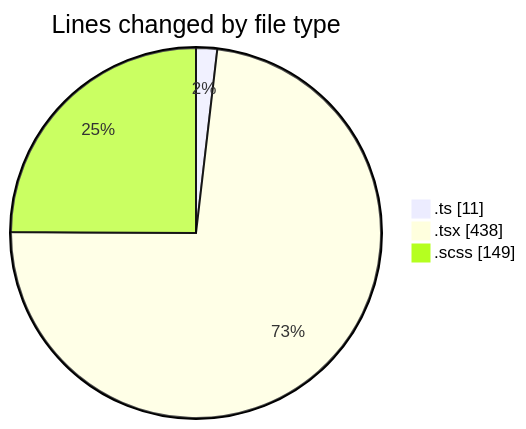
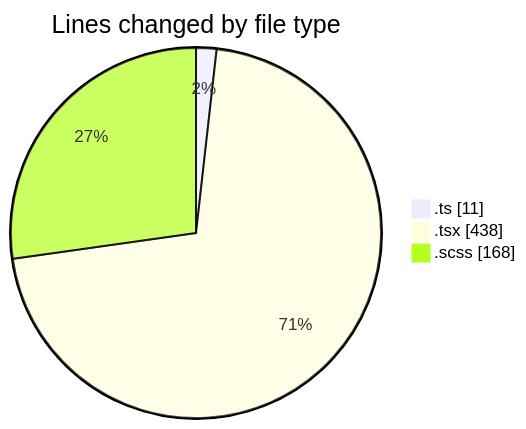
Before and after one commit to momahboobian/code-tracking: the first of 2 diagrams in 2025-03-21/cda/README.md, drawn with Mermaid. The commit also changed other lines of this file and 1 other file, not shown here.

````diff
--- a/2025-03-21/cda/README.md
+++ b/2025-03-21/cda/README.md
@@ -24,7 +24,7 @@
 ```mermaid
 pie showData
 title Lines changed by file type
 ".ts" : 11
 ".tsx" : 438
-".scss" : 149
+".scss" : 168
 ```
````
